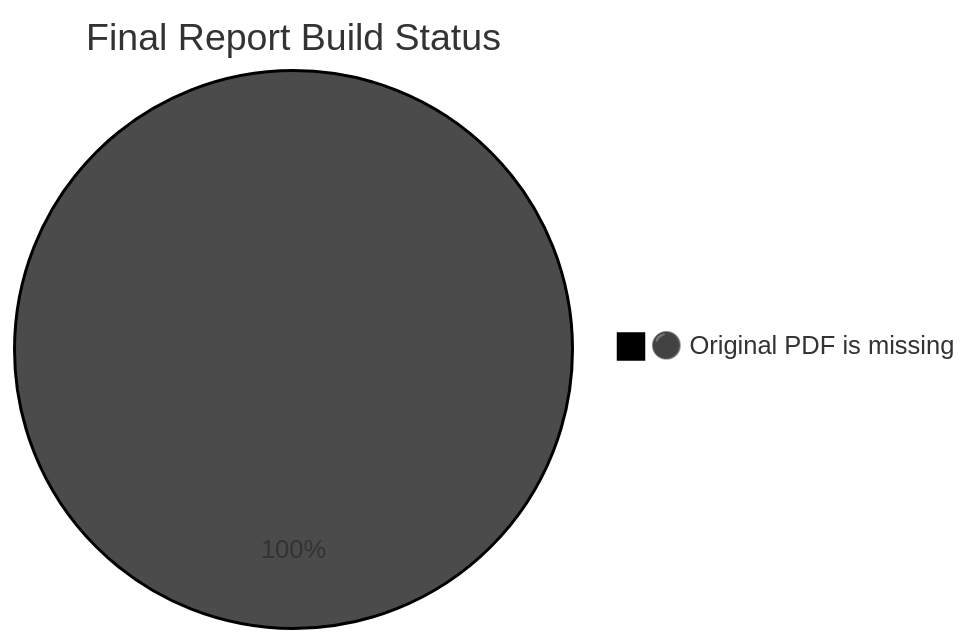
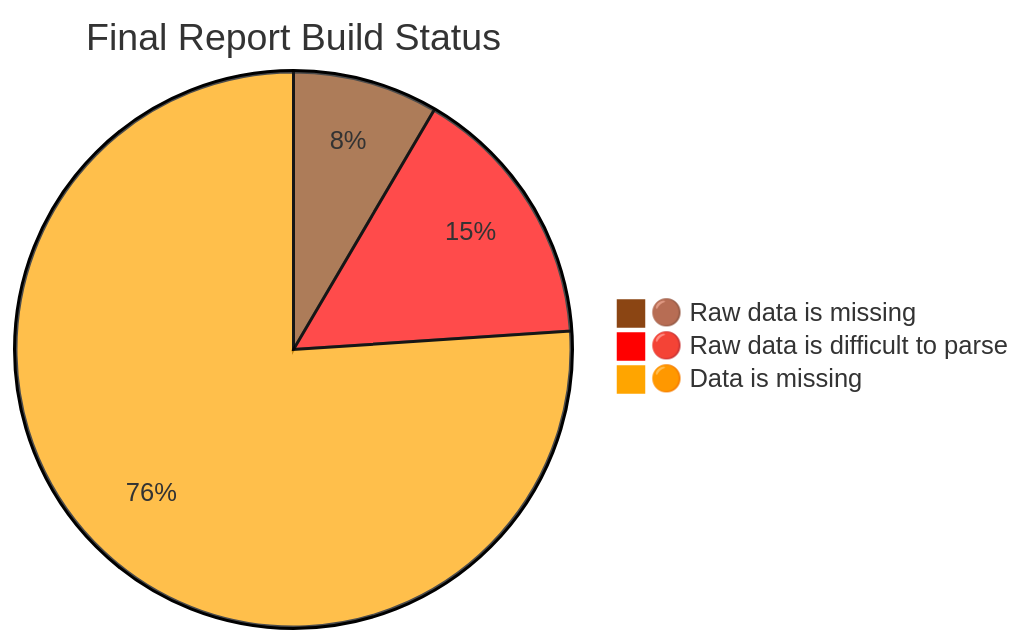
Before and after one commit to nuuuwan/lk_census_2024: the diagram in README.md, drawn with Mermaid. The commit also changed other lines of this file and 557 other files, not shown here.

````diff
--- a/README.md
+++ b/README.md
@@ -221,5 +218,7 @@
 ```mermaid
-%%{init: {"theme": "base", "themeVariables": {"pie1": "#000000"}}}%%
+%%{init: {"theme": "base", "themeVariables": {"pie1": "#8B4513", "pie2": "#FF0000", "pie3": "#FFA500"}}}%%
 pie title Final Report Build Status
-"⚫️ Original PDF is missing" : 142
+"🟤 Raw data is missing" : 12
+    "🔴 Raw data is difficult to parse" : 22
+    "🟠 Data is missing" : 108
 ```
````
